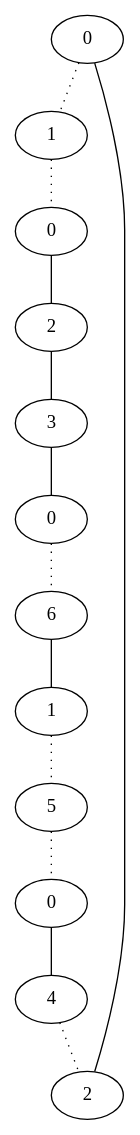
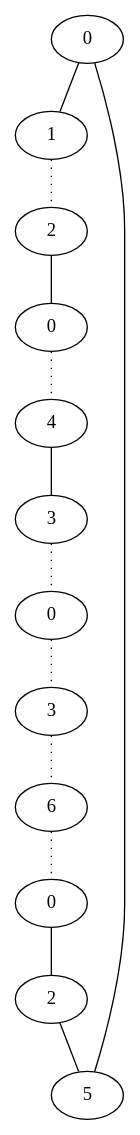
One commit to d1laj/Stage-M2 changed the diagram in TestPathsfactorised/result/dot/cycle_12_7_tc.dot. Above: the diagram before and after it, drawn with Graphviz. The commit also changed 4248 other files, not shown here.

```diff
--- a/TestPathsfactorised/result/dot/cycle_12_7_tc.dot
+++ b/TestPathsfactorised/result/dot/cycle_12_7_tc.dot
@@ -1,26 +1,26 @@
 graph {
 a0[label=0];
 a1[label=1];
-a2[label=0];
-a3[label=2];
-a4[label=3];
-a5[label=0];
-a6[label=6];
-a7[label=1];
-a8[label=5];
+a2[label=2];
+a3[label=0];
+a4[label=4];
+a5[label=3];
+a6[label=0];
+a7[label=3];
+a8[label=6];
 a9[label=0];
-a10[label=4];
-a11[label=2];
-a0 -- a1 [style=dotted];
+a10[label=2];
+a11[label=5];
+a0 -- a1;
 a0 -- a11;
 a1 -- a2 [style=dotted];
 a2 -- a3;
-a3 -- a4;
+a3 -- a4 [style=dotted];
 a4 -- a5;
 a5 -- a6 [style=dotted];
-a6 -- a7;
+a6 -- a7 [style=dotted];
 a7 -- a8 [style=dotted];
 a8 -- a9 [style=dotted];
 a9 -- a10;
-a10 -- a11 [style=dotted];
+a10 -- a11;
 }
```
